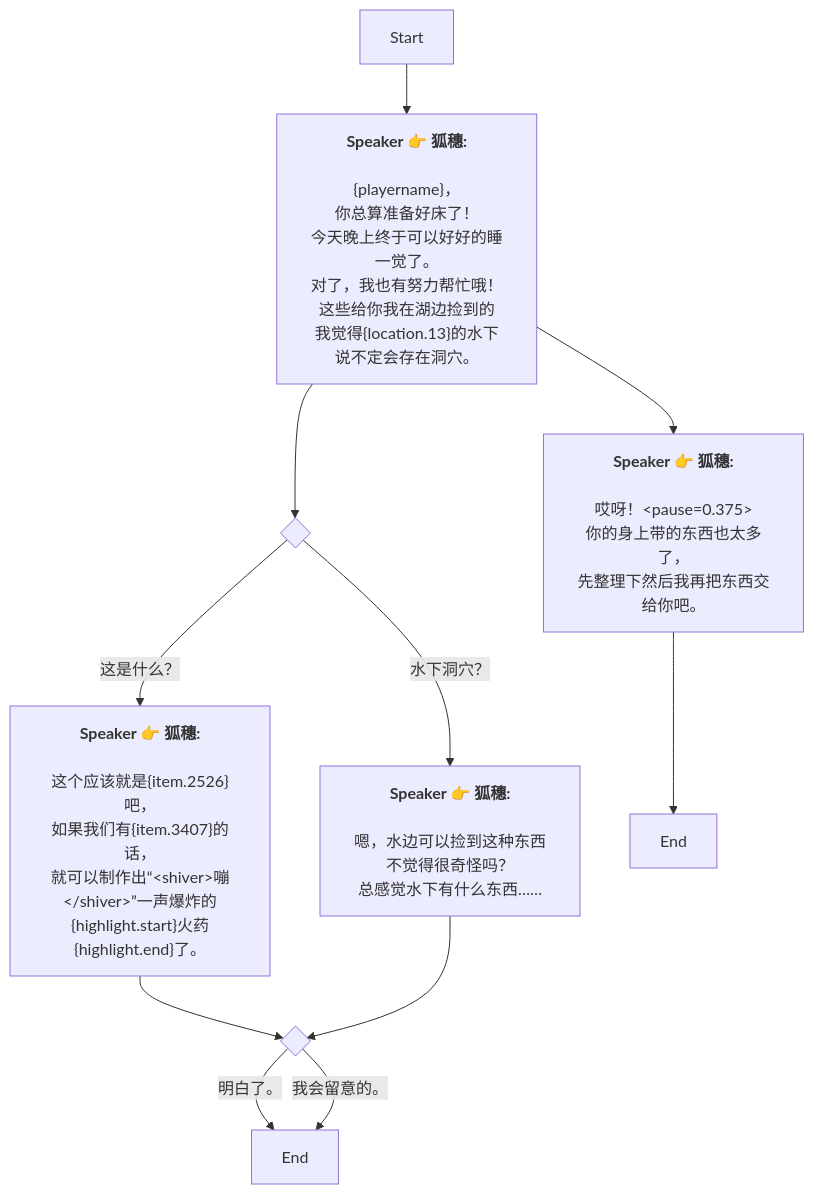
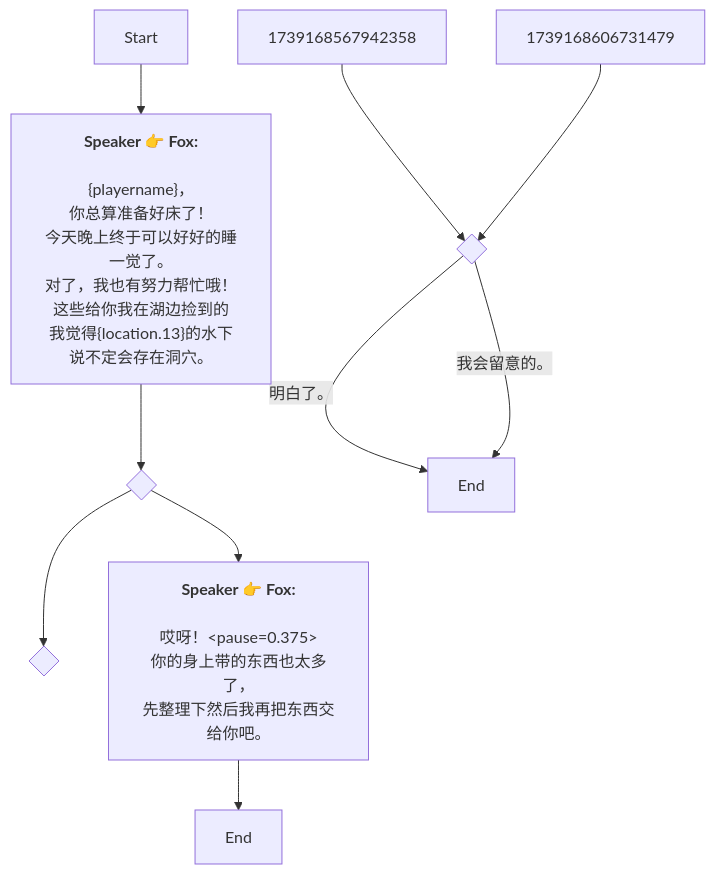
One commit to SoftHu/tos_avg changed the diagram in Zh/QuestTalkObjectiveNode_1739167235783881.md. Above: the diagram before and after it, drawn with Mermaid. The commit also changed 737 other files, not shown here.

````diff
--- a/Zh/QuestTalkObjectiveNode_1739167235783881.md
+++ b/Zh/QuestTalkObjectiveNode_1739167235783881.md
@@ -1,32 +1,21 @@
 ```mermaid
 graph
-Start -->1739167465258188[<b>Speaker 👉 狐穗:</b>
-
-&lbrace;playername&rbrace;，
+Start -->1739167465258188[<b>Speaker 👉 Fox:</b>
+\n&lbrace;playername&rbrace;，
 你总算准备好床了！
-今天晚上终于可以好好的睡一觉了。
-对了，我也有努力帮忙哦！
+今天晚上终于可以好好的睡一觉了。\n对了，我也有努力帮忙哦！
 这些给你我在湖边捡到的
 我觉得&lbrace;location.13&rbrace;的水下说不定会存在洞穴。]
-1739167465258188 -->1739167754644685{ }
-1739167465258188 -->1739167865699535[<b>Speaker 👉 狐穗:</b>
-
-哎呀！&lt;pause=0.375&gt;
+1739167465258188 -->1739167841542350{ }
+1739167841542350 -->1739167754644685{ }
+1739167841542350 -->1739167865699535[<b>Speaker 👉 Fox:</b>
+\n哎呀！&lt;pause=0.375&gt;
 你的身上带的东西也太多了，
 先整理下然后我再把东西交给你吧。]
-1739167754644685 -->|这是什么？|1739168567942358[<b>Speaker 👉 狐穗:</b>
+1739168567942358 -->434792141985589{ }
+1739168606731479 -->434792141985589{ }
+1739167865699535 -->1739167896556752[End]
+434792141985589 -->|明白了。|1739167901405393[End]
+434792141985589 -->|我会留意的。|1739167901405393[End]
 
-这个应该就是&lbrace;item.2526&rbrace;吧，
-如果我们有&lbrace;item.3407&rbrace;的话，
-就可以制作出“&lt;shiver&gt;嘣&lt;/shiver&gt;”一声爆炸的&lbrace;highlight.start&rbrace;火药&lbrace;highlight.end&rbrace;了。]
-1739167754644685 -->|水下洞穴？|1739168606731479[<b>Speaker 👉 狐穗:</b>
-
-嗯，水边可以捡到这种东西不觉得很奇怪吗？
-总感觉水下有什么东西……]
-1739168567942358 -->1739168657315032{ }
-1739168657315032 -->|明白了。|1739167901405393[End]
-1739168657315032 -->|我会留意的。|1739167901405393[End]
-1739168606731479 -->1739168657315032{ }
-1739167865699535 -->1739167896556752[End]
-
- ```
+```
````
